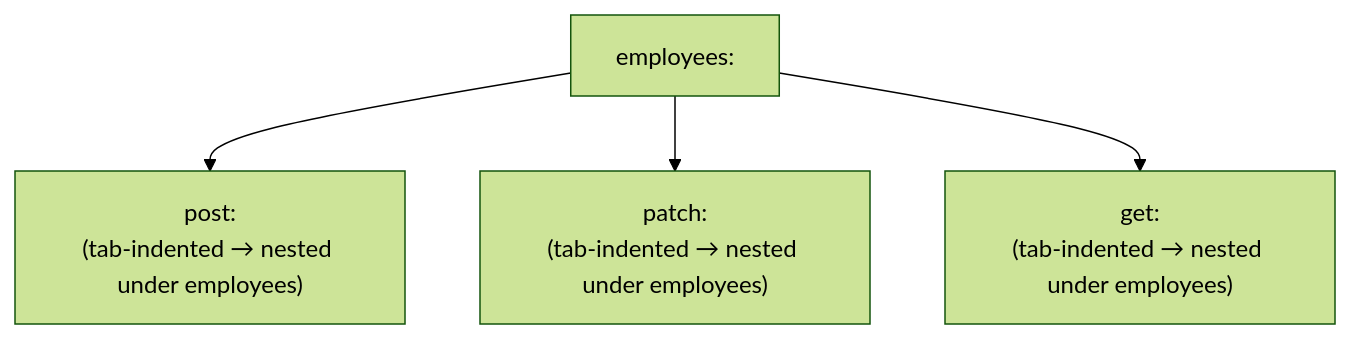
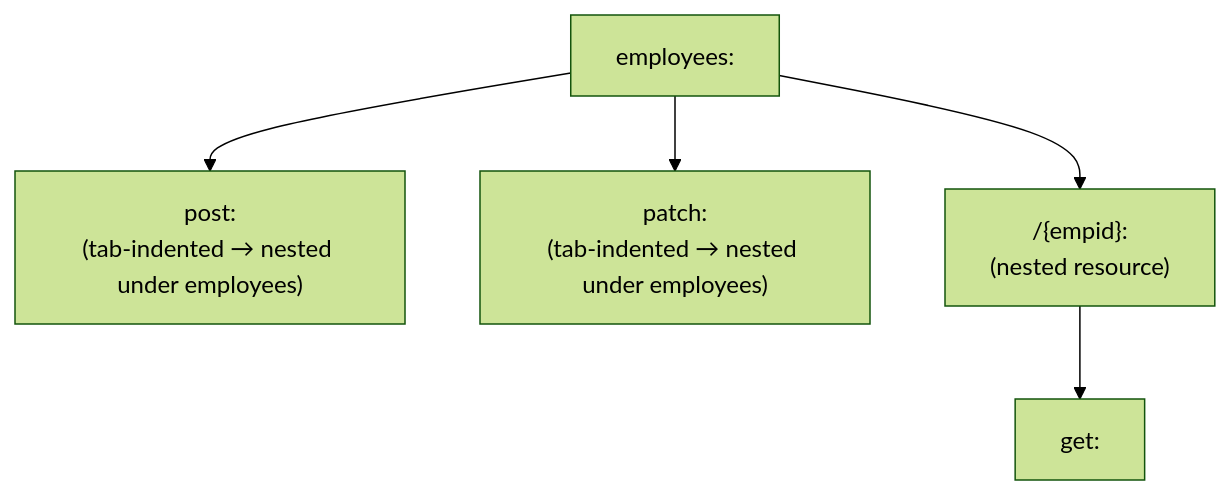
One commit to developerashok99/green-c-mule-notes changed the third of 8 diagrams in detailed-notes/day23.md. Above: the diagram before and after it, drawn with Mermaid (forest theme). The commit also changed other lines of this file and 1 other file, not shown here.

````diff
--- a/detailed-notes/day23.md
+++ b/detailed-notes/day23.md
@@ -43,6 +47,6 @@
 ```mermaid
 flowchart TB
     Employees["employees:"] --> Post["  post:<br/>(tab-indented → nested under employees)"]
     Employees --> Patch["  patch:<br/>(tab-indented → nested under employees)"]
-    Employees --> Get["  get:<br/>(tab-indented → nested under employees)"]
+    Employees --> Sub["  /{empid}:<br/>(nested resource)"] --> Get["    get:"]
 ```
````
